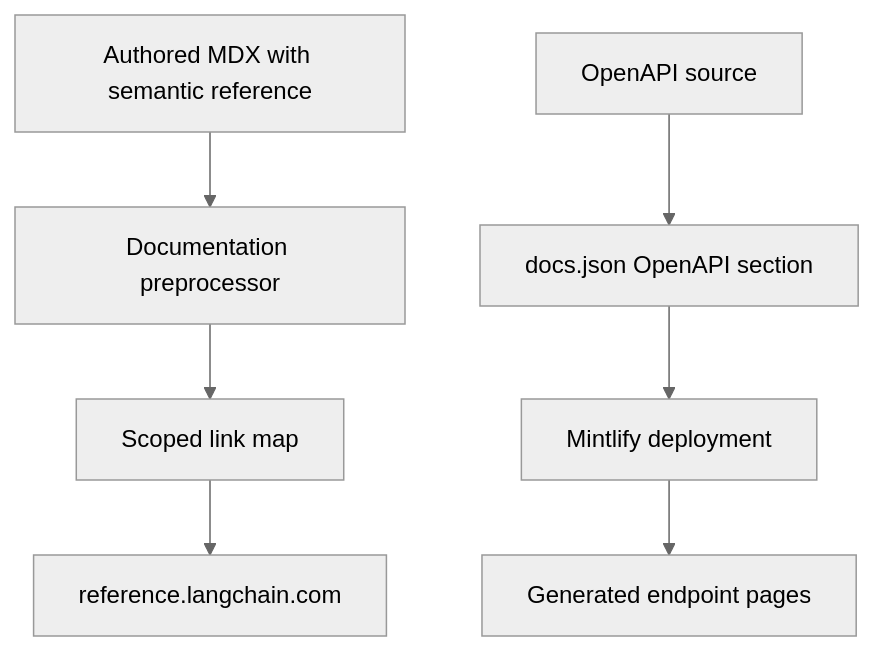
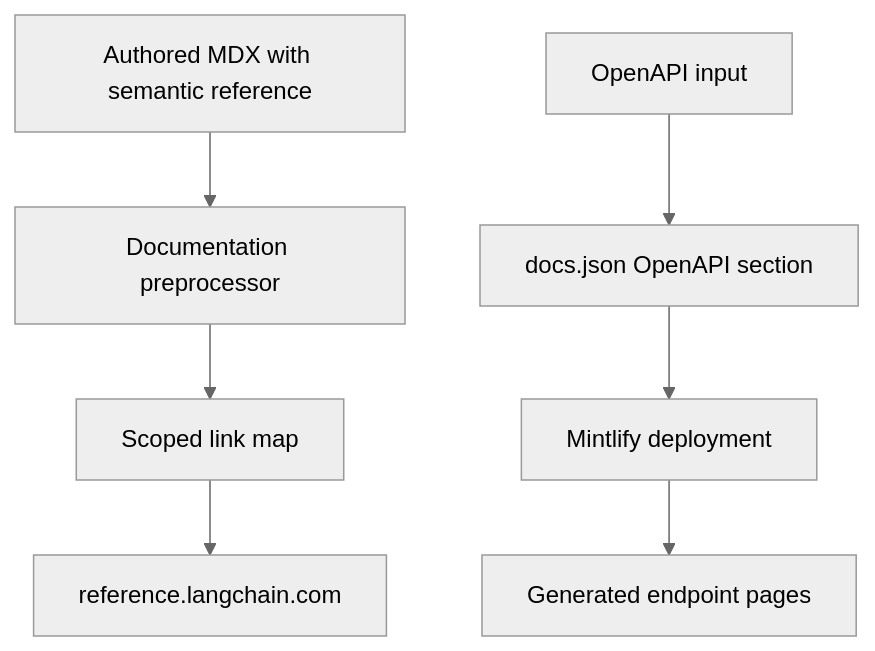
Before and after one commit to langchain-ai/docs: the diagram in openwiki/integrations/reference-docs.md, drawn with Mermaid (neutral theme). The commit also changed other lines of this file and 43 other files, not shown here.

````diff
--- a/openwiki/integrations/reference-docs.md
+++ b/openwiki/integrations/reference-docs.md
@@ -52,9 +52,9 @@
 ```mermaid
 flowchart TD
   Author["Authored MDX with semantic reference"] --> Preprocess["Documentation preprocessor"]
   Preprocess --> Map["Scoped link map"]
   Map --> External["reference.langchain.com"]
-  Spec["OpenAPI source"] --> MintConfig["docs.json OpenAPI section"]
-  MintConfig --> Mint["Mintlify deployment"]
-  Mint --> ApiPages["Generated endpoint pages"]
+  Spec["OpenAPI input"] --> MintConfig["docs.json OpenAPI section"]
+  MintConfig --> Deploy["Mintlify deployment"]
+  Deploy --> ApiPages["Generated endpoint pages"]
 ```
````
